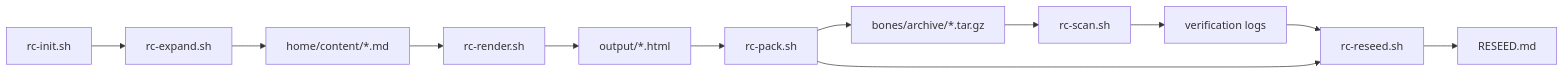
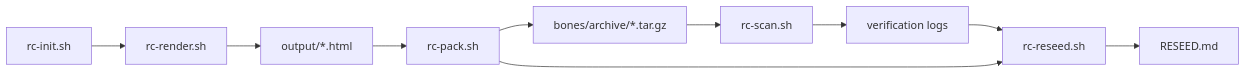
Before and after one commit to drawmeanelephant/rotkeeper: the diagram in home/content/docs/rotkeeper/workflow.md, drawn with Mermaid. The commit also changed other lines of this file and 30 other files, not shown here.

````diff
--- a/home/content/docs/rotkeeper/workflow.md
+++ b/home/content/docs/rotkeeper/workflow.md
@@ -133,14 +123,12 @@
 ```mermaid
 graph LR
-  A[rc-init.sh] --> B[rc-expand.sh]
-  B --> C[home/content/*.md]
-  C --> D[rc-render.sh]
+  A[rc-init.sh] --> D[rc-render.sh]
   D --> E[output/*.html]
   E --> F[rc-pack.sh]
   F --> G[bones/archive/*.tar.gz]
   G --> H[rc-scan.sh]
   H --> I[verification logs]
   I --> K[rc-reseed.sh]
   F --> K
   K --> L[RESEED.md]
 ```
````
